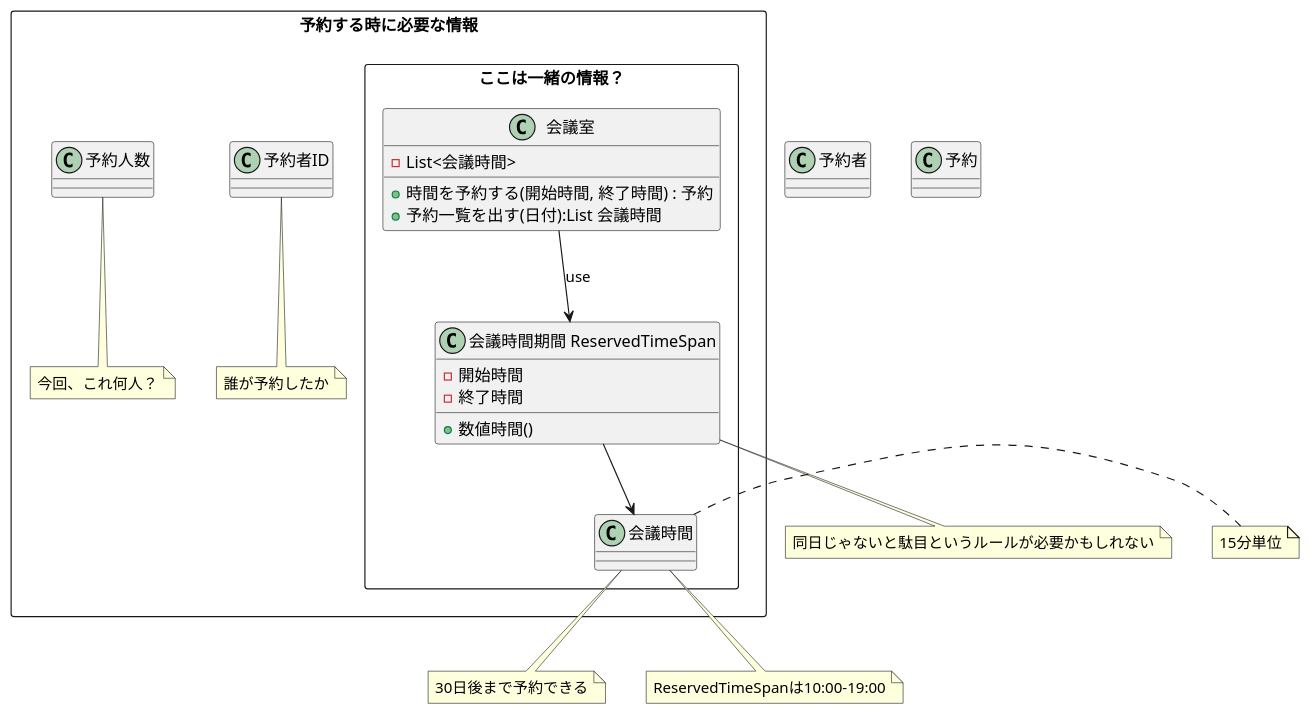
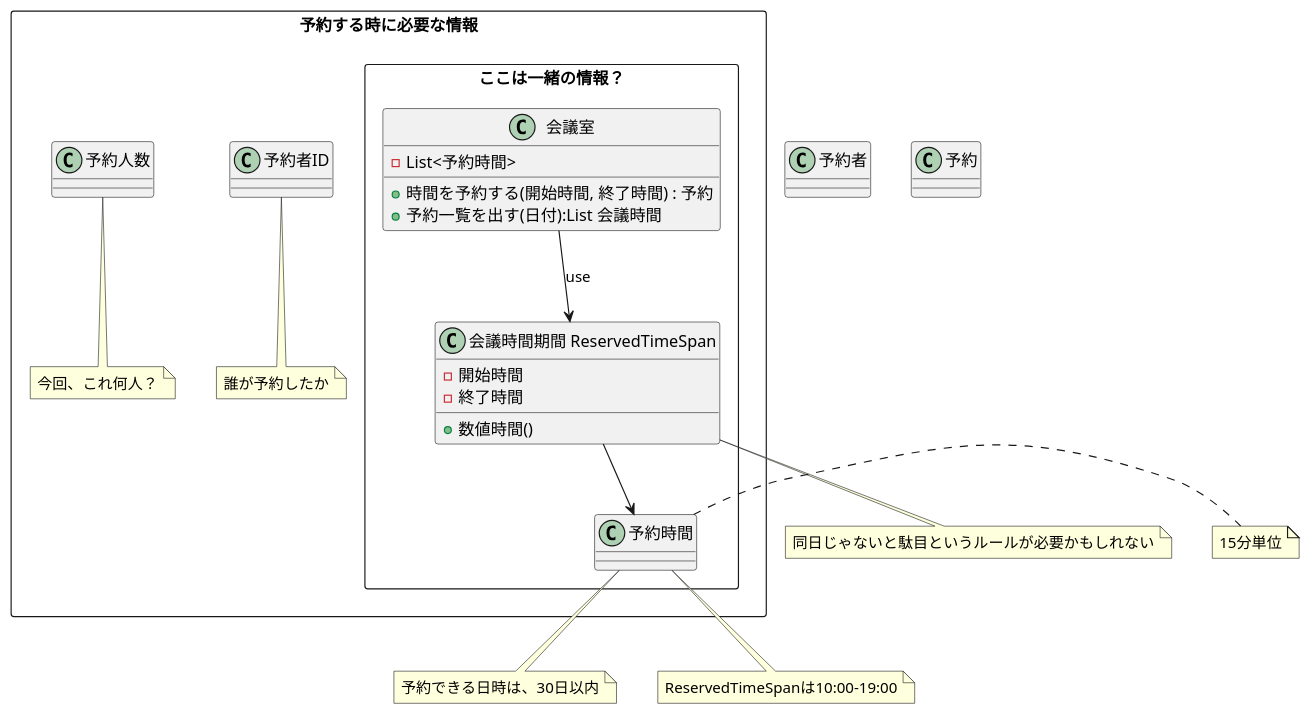
One commit to jnuank/meeting-room changed the diagram in diagram/domainmodel.pu. Above: the diagram before and after it, drawn with PlantUML. The commit also changed 3 other files, not shown here.

```diff
--- a/diagram/domainmodel.pu
+++ b/diagram/domainmodel.pu
@@ -1,50 +1,50 @@
 @startuml
 
 class 予約者
 class 予約
 
 rectangle 予約する時に必要な情報 {
     class 予約者ID
     rectangle ここは一緒の情報？ {
         class "会議室" as MeetingRooms
         {
-            - List<会議時間>
+            - List<予約時間>
             + 時間を予約する(開始時間, 終了時間) : 予約
             + 予約一覧を出す(日付):List 会議時間
         }
         class "会議時間期間 ReservedTimeSpan" as ReservedTimeSpan {
             - 開始時間
             - 終了時間
             + 数値時間() 
         }
-        class "会議時間" as ReservedTime {
+        class "予約時間" as ReservedTime {
 
         }
     }
     ReservedTimeSpan --> ReservedTime
     MeetingRooms --> ReservedTimeSpan : use
     class 予約人数
     class 予約者ID
     note bottom of 予約者ID
     誰が予約したか
     end note 
     note bottom of 予約人数
     今回、これ何人？
     end note
 }
 
 note right of ReservedTime
 15分単位
 end note
 note bottom of ReservedTime
-30日後まで予約できる
+予約できる日時は、30日以内
 end note
 note bottom of ReservedTime
 ReservedTimeSpanは10:00-19:00
 end note
 
 note bottom of ReservedTimeSpan
 同日じゃないと駄目というルールが必要かもしれない
 end note
 
 @enduml
```
